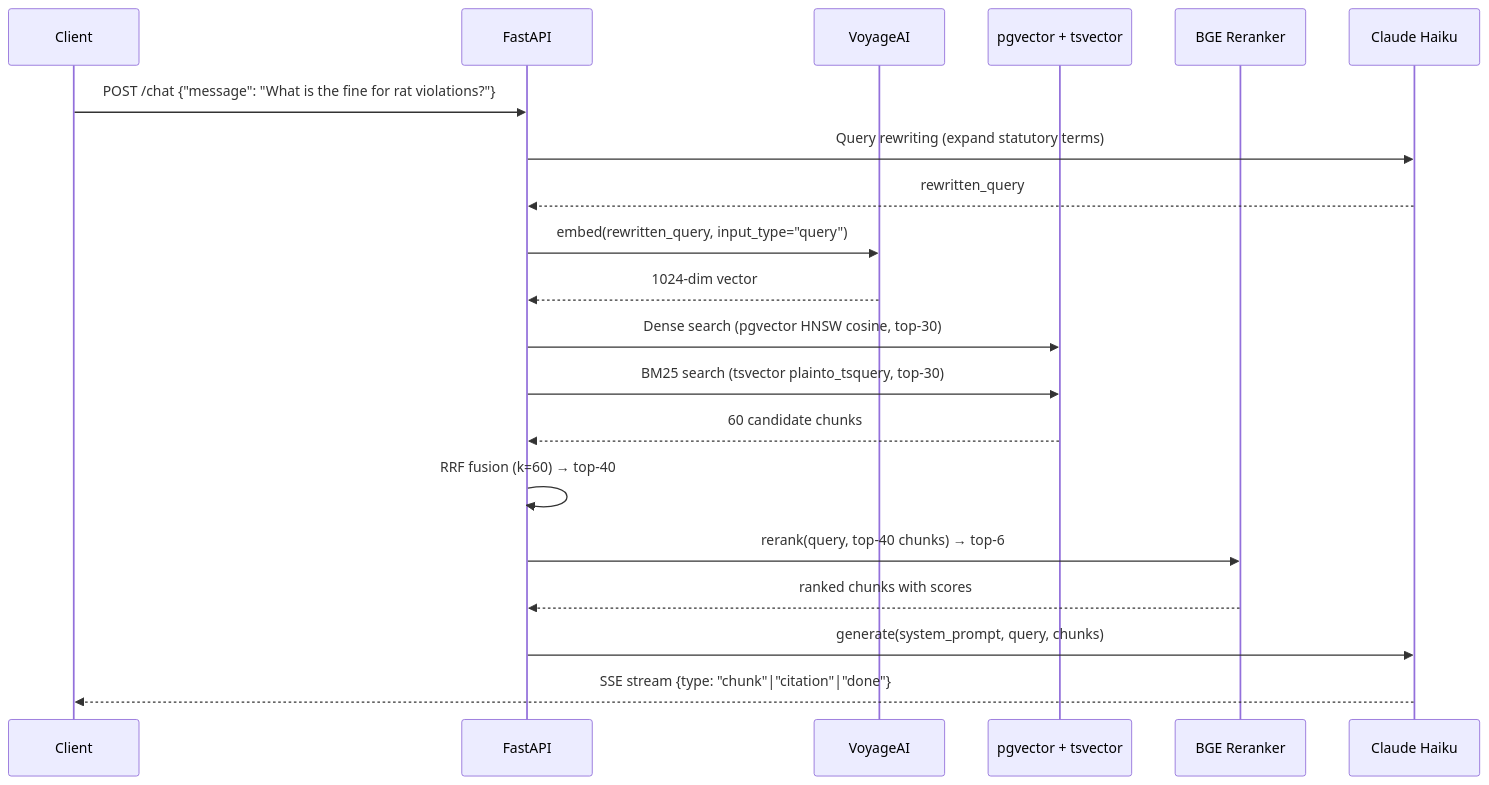
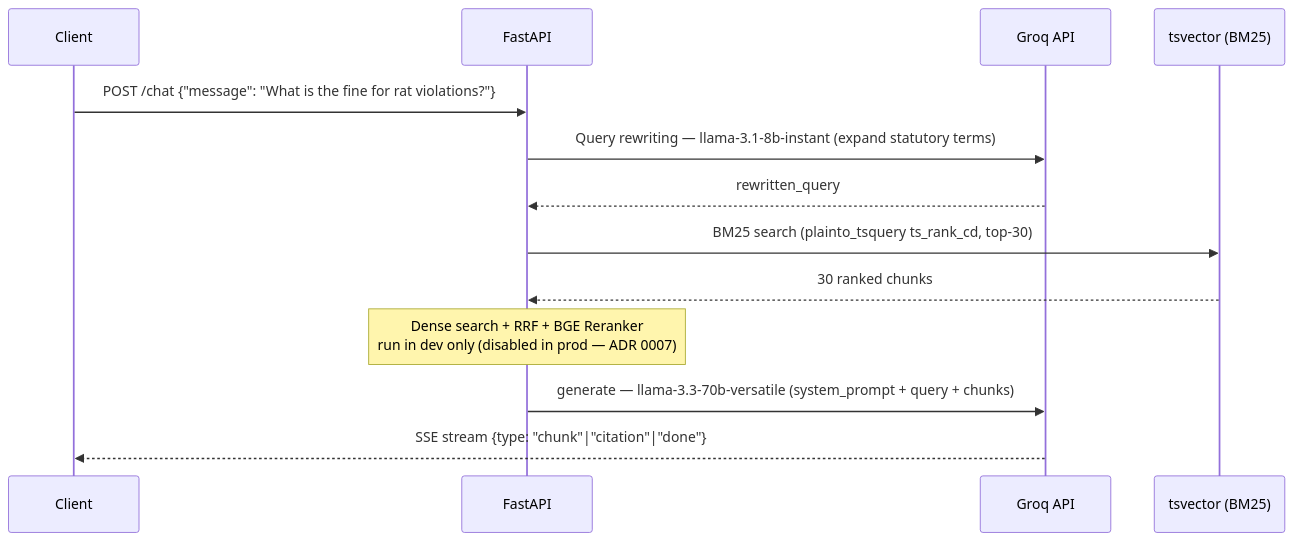
The third of 3 diagrams in docs/architecture.md (tatumamckinnis/NYCRatRiskIntelligence), drawn with Mermaid before and after one commit. The commit also changed other lines of this file and 3 other files, not shown here.

First line of the commit message:
docs: add ADR 0006/0007; fix architecture.md and phase-4.md to reflect reality

````diff
--- a/docs/architecture.md
+++ b/docs/architecture.md
@@ -140,23 +144,16 @@
 ```mermaid
 sequenceDiagram
     participant C as Client
     participant API as FastAPI
-    participant VoyageAI
-    participant DB as pgvector + tsvector
-    participant BGE as BGE Reranker
-    participant LLM as Claude Haiku
+    participant Groq as Groq API
+    participant DB as tsvector (BM25)
 
     C->>API: POST /chat {"message": "What is the fine for rat violations?"}
-    API->>LLM: Query rewriting (expand statutory terms)
-    LLM-->>API: rewritten_query
-    API->>VoyageAI: embed(rewritten_query, input_type="query")
-    VoyageAI-->>API: 1024-dim vector
-    API->>DB: Dense search (pgvector HNSW cosine, top-30)
-    API->>DB: BM25 search (tsvector plainto_tsquery, top-30)
-    DB-->>API: 60 candidate chunks
-    API->>API: RRF fusion (k=60) → top-40
-    API->>BGE: rerank(query, top-40 chunks) → top-6
-    BGE-->>API: ranked chunks with scores
-    API->>LLM: generate(system_prompt, query, chunks)
-    LLM-->>C: SSE stream {type: "chunk"|"citation"|"done"}
+    API->>Groq: Query rewriting — llama-3.1-8b-instant (expand statutory terms)
+    Groq-->>API: rewritten_query
+    API->>DB: BM25 search (plainto_tsquery ts_rank_cd, top-30)
+    DB-->>API: 30 ranked chunks
+    Note over API: Dense search + RRF + BGE Reranker<br/>run in dev only (disabled in prod — ADR 0007)
+    API->>Groq: generate — llama-3.3-70b-versatile (system_prompt + query + chunks)
+    Groq-->>C: SSE stream {type: "chunk"|"citation"|"done"}
 ```
````
